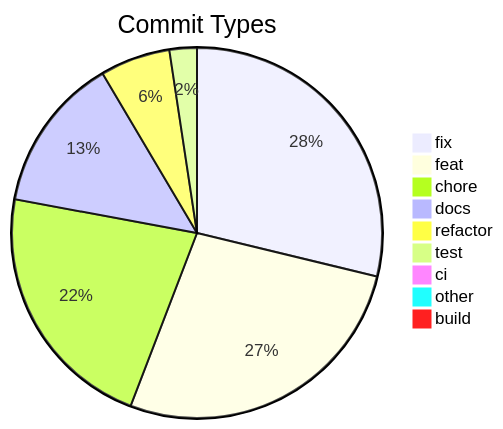
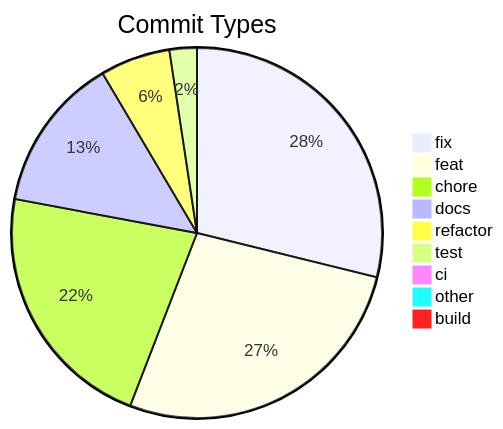
The diagram in .shipwright/compliance/change-history.md (svenroth-ai/shipwright), drawn with Mermaid before and after one commit. The commit also changed other lines of this file and 15 other files, not shown here.

````diff
--- a/.shipwright/compliance/change-history.md
+++ b/.shipwright/compliance/change-history.md
@@ -8,12 +8,12 @@
 ```mermaid
 pie title Commit Types
-    "fix" : 301
+    "fix" : 302
     "feat" : 283
     "chore" : 231
     "docs" : 142
     "refactor" : 64
     "test" : 25
     "ci" : 7
     "other" : 7
     "build" : 1
 ```
````
